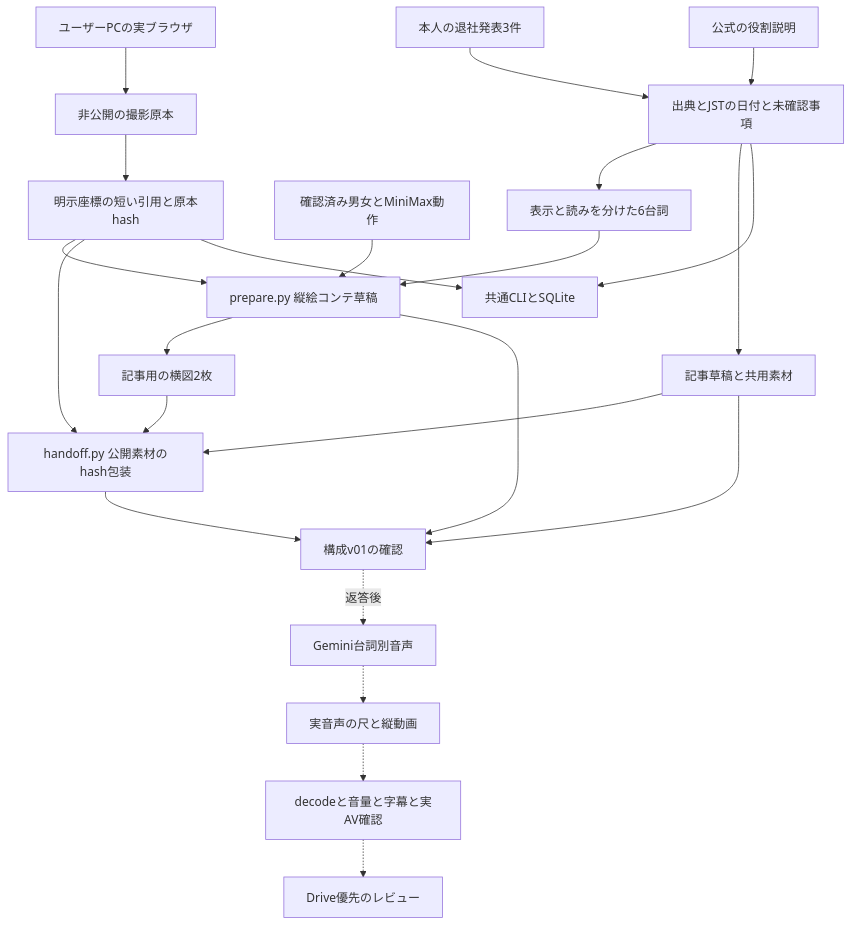
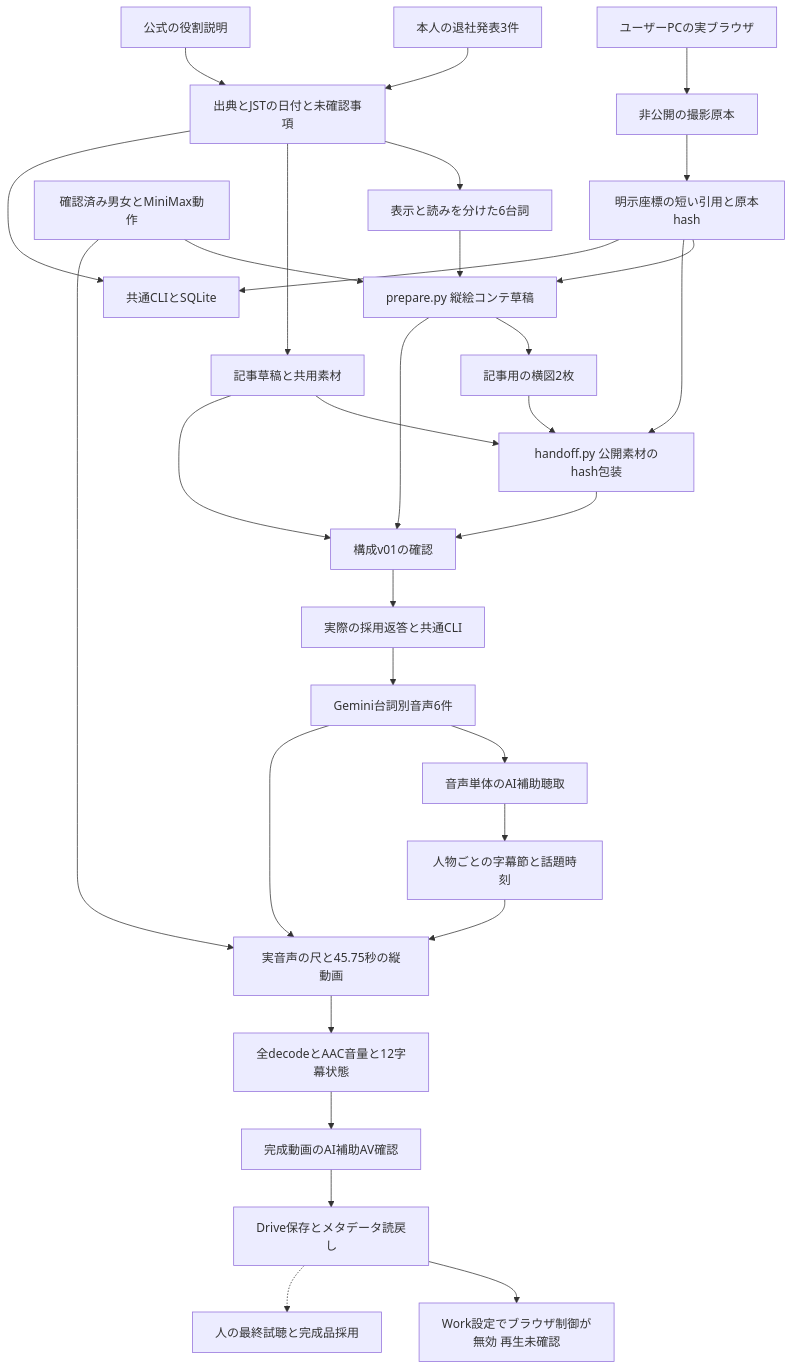
One commit to benriworks/MiniMax-H3 changed the diagram in productions/content-projects/CONTENT_20261104_anthropic_departures/ARCHITECTURE_DIAGRAM.md. Above: the diagram before and after it, drawn with Mermaid. The commit also changed other lines of this file and 23 other files, not shown here.

````diff
--- a/productions/content-projects/CONTENT_20261104_anthropic_departures/ARCHITECTURE_DIAGRAM.md
+++ b/productions/content-projects/CONTENT_20261104_anthropic_departures/ARCHITECTURE_DIAGRAM.md
@@ -5,25 +5,33 @@
 ```mermaid
 flowchart TD
   Posts[本人の退社発表3件] --> Sources[出典とJSTの日付と未確認事項]
   Official[公式の役割説明] --> Sources
   Browser[ユーザーPCの実ブラウザ] --> Raw[非公開の撮影原本]
   Raw --> Crop[明示座標の短い引用と原本hash]
   Prior[確認済み男女とMiniMax動作] --> Prepare[prepare.py 縦絵コンテ草稿]
   Crop --> Prepare
   Sources --> Script[表示と読みを分けた6台詞]
   Script --> Prepare
   Sources --> Article[記事草稿と共用素材]
   Prepare --> Figures[記事用の横図2枚]
   Crop --> Package[handoff.py 公開素材のhash包装]
   Figures --> Package
   Article --> Package
   Sources --> CLI[共通CLIとSQLite]
   Crop --> CLI
   Prepare --> Review[構成v01の確認]
-  Review -. 返答後 .-> Voice[Gemini台詞別音声]
-  Voice -.-> Render[実音声の尺と縦動画]
-  Render -.-> QC[decodeと音量と字幕と実AV確認]
-  QC -.-> Share[Drive優先のレビュー]
+  Review --> Accept[実際の採用返答と共通CLI]
+  Accept --> Voice[Gemini台詞別音声6件]
+  Voice --> Listen[音声単体のAI補助聴取]
+  Listen --> Timing[人物ごとの字幕節と話題時刻]
+  Voice --> Render[実音声の尺と45.75秒の縦動画]
+  Timing --> Render
+  Prior --> Render
+  Render --> QC[全decodeとAAC音量と12字幕状態]
+  QC --> AV[完成動画のAI補助AV確認]
+  AV --> Share[Drive保存とメタデータ読戻し]
+  Share --> Limited[Work設定でブラウザ制御が無効 再生未確認]
+  Share -.-> Human[人の最終試聴と完成品採用]
   Article --> Review
   Package --> Review
 ```
````
